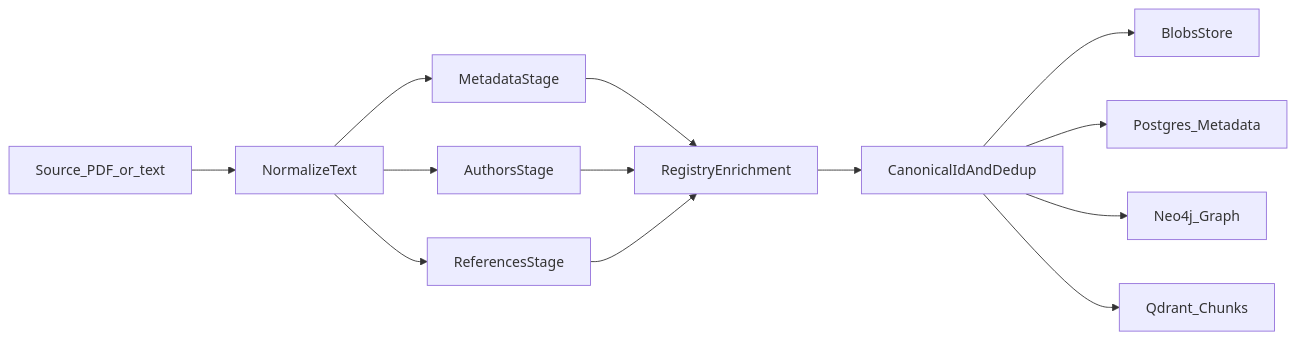
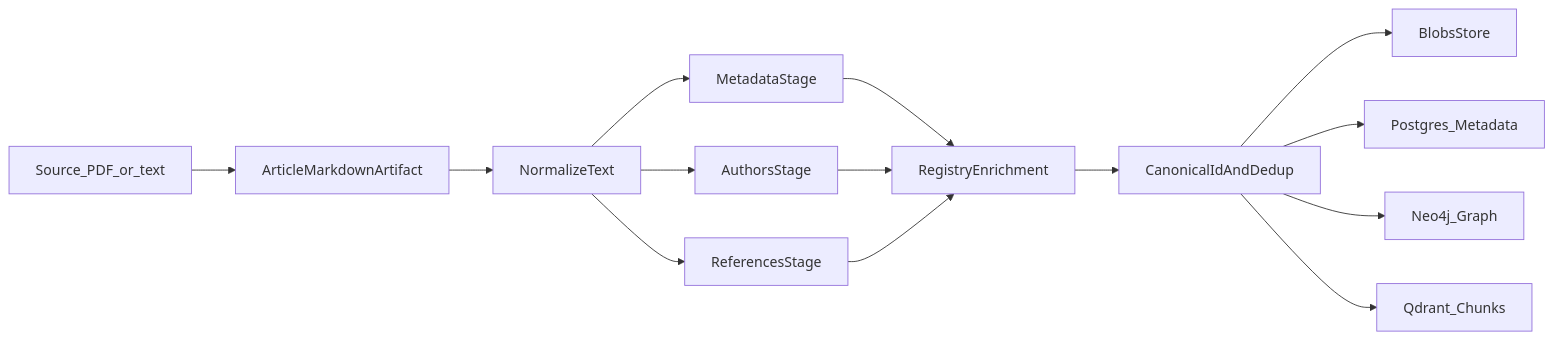
One commit to xabarov/science-graphrag changed the diagram in docs/architecture/phase-1-backbone.md. Above: the diagram before and after it, drawn with Mermaid. The commit also changed other lines of this file and 15 other files, not shown here.

````diff
--- a/docs/architecture/phase-1-backbone.md
+++ b/docs/architecture/phase-1-backbone.md
@@ -40,15 +42,16 @@
 ```mermaid
 flowchart LR
-    PDF[Source_PDF_or_text] --> Norm[NormalizeText]
+    PDF[Source_PDF_or_text] --> Md[ArticleMarkdownArtifact]
+    Md --> Norm[NormalizeText]
     Norm --> Meta[MetadataStage]
     Norm --> Auth[AuthorsStage]
     Norm --> Refs[ReferencesStage]
     Meta --> Enrich[RegistryEnrichment]
     Auth --> Enrich
     Refs --> Enrich
     Enrich --> Dedup[CanonicalIdAndDedup]
     Dedup --> Blobs[BlobsStore]
     Dedup --> PG[Postgres_Metadata]
     Dedup --> Neo[Neo4j_Graph]
     Dedup --> Vec[Qdrant_Chunks]
 ```
````
